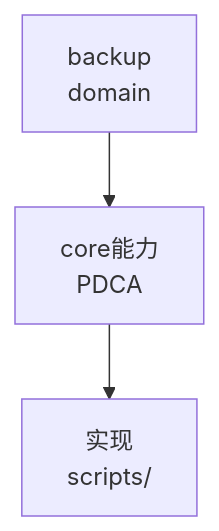
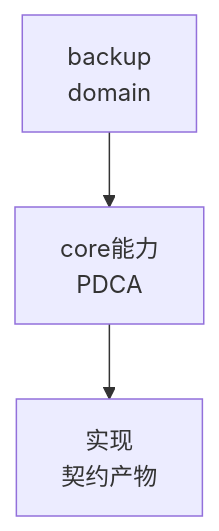
One commit to MyBlackHole/pdca-workflow changed the diagram in ontology/domain/core/backup.md. Above: the diagram before and after it, drawn with Mermaid. The commit also changed other lines of this file and 8256 other files, not shown here.

````diff
--- a/ontology/domain/core/backup.md
+++ b/ontology/domain/core/backup.md
@@ -34,6 +42,6 @@
 ```mermaid
 graph TD
     A[backup<br/>domain] --> B[core能力<br/>PDCA]
-    B --> C[实现<br/>scripts/]
-    %% Source: ontology/domain/backup.md:1 + ontology/concept/ontology-fidelity-criterion.md:1
+    B --> C[实现<br/>契约产物]
+    %% Source: ontology/domain/core/backup.md:1 + ontology/concept/ontology-fidelity-criterion.md:1
 ```
````
